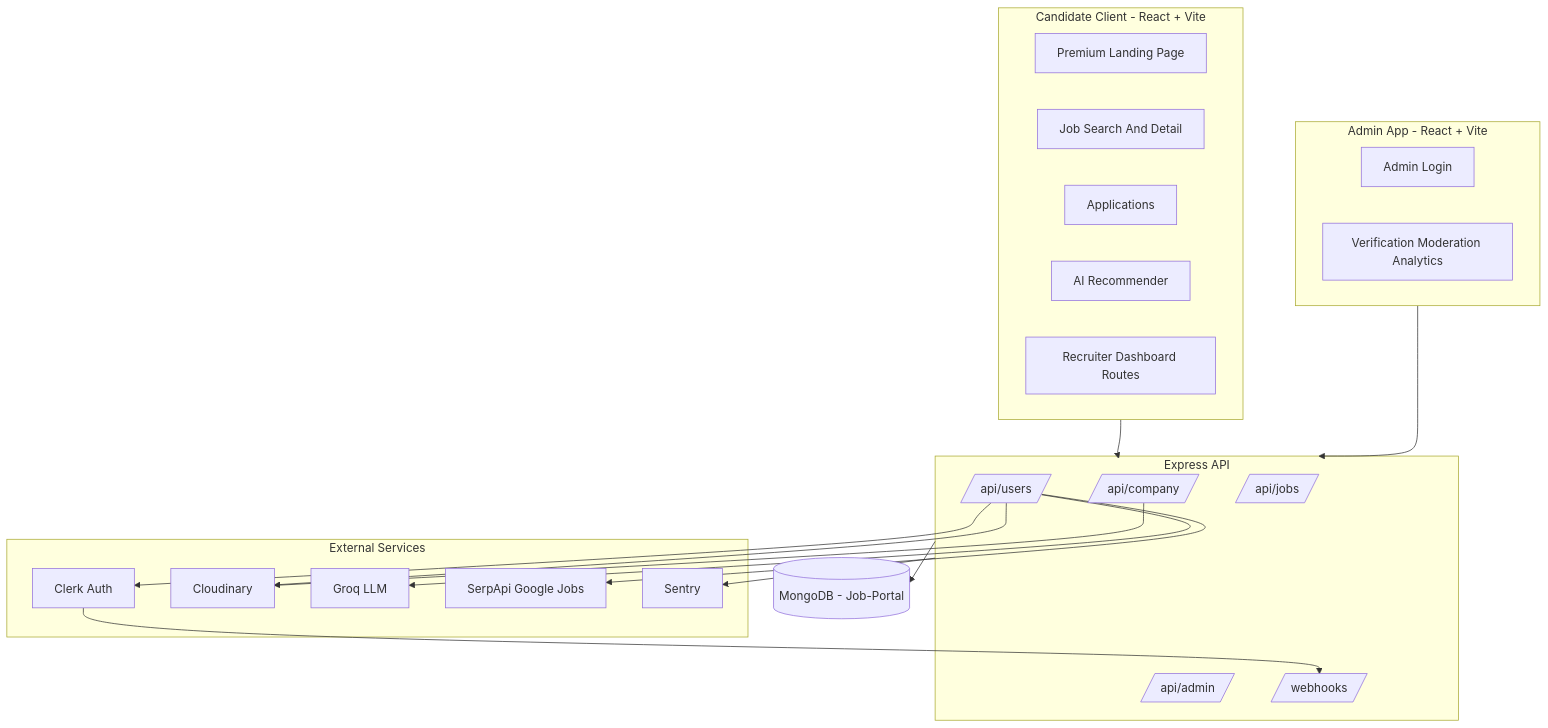
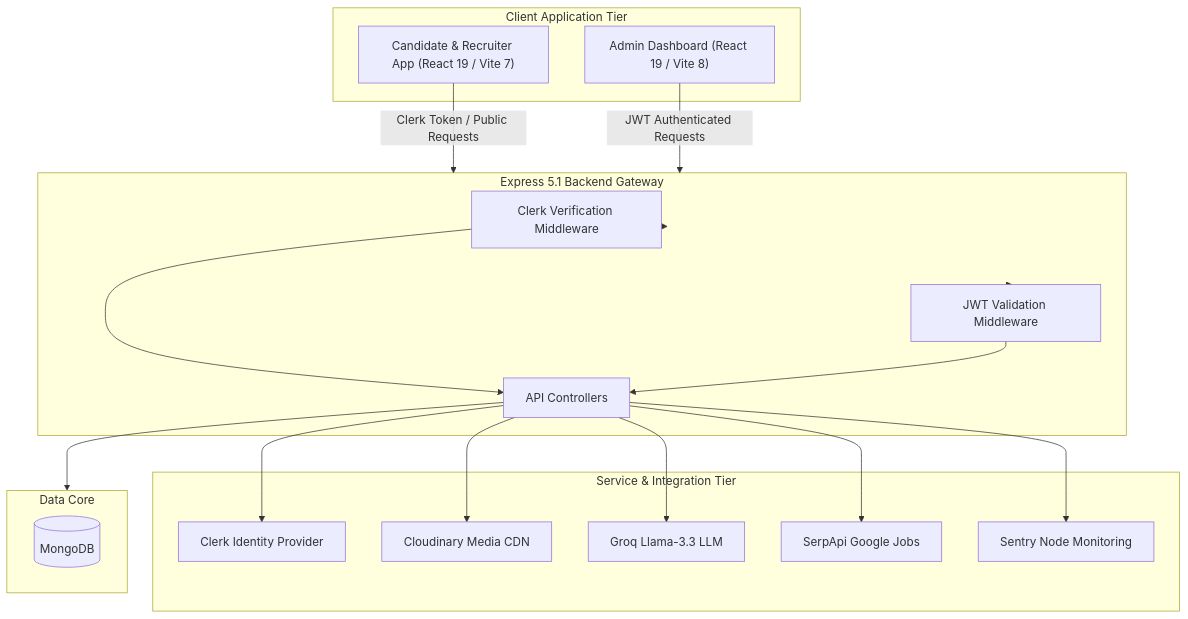
Before and after one commit to SarthakDudhe/InsiderJobs: the first of 3 diagrams in README.md, drawn with Mermaid. The commit also changed other lines of this file and 4 other files, not shown here.

Commit message:
feat: initialize Express server with Sentry monitoring and core backend modular structure

````diff
--- a/README.md
+++ b/README.md
@@ -306,44 +108,38 @@
 ```mermaid
 flowchart TB
-  subgraph Client["Candidate Client - React + Vite"]
-    Landing[Premium Landing Page]
-    Jobs[Job Search And Detail]
-    Apps[Applications]
-    AI[AI Recommender]
-    Recruiter[Recruiter Dashboard Routes]
-  end
+    subgraph ClientTier["Client Application Tier"]
+        CandidateApp["Candidate & Recruiter App (React 19 / Vite 7)"]
+        AdminApp["Admin Dashboard (React 19 / Vite 8)"]
+    end
 
-  subgraph Admin["Admin App - React + Vite"]
-    AdminLogin[Admin Login]
-    AdminPanel[Verification Moderation Analytics]
-  end
+    subgraph APITier["Express 5.1 Backend Gateway"]
+        AuthClerk["Clerk Verification Middleware"]
+        AuthJWT["JWT Validation Middleware"]
+        Controllers["API Controllers"]
+    end
 
-  subgraph API["Express API"]
-    JobRoutes[/api/jobs/]
-    UserRoutes[/api/users/]
-    CompanyRoutes[/api/company/]
-    AdminRoutes[/api/admin/]
-    Webhooks[/webhooks/]
-  end
+    subgraph ServiceTier["Service & Integration Tier"]
+        ClerkSvc["Clerk Identity Provider"]
+        CloudinarySvc["Cloudinary Media CDN"]
+        GroqSvc["Groq Llama-3.3 LLM"]
+        SerpSvc["SerpApi Google Jobs"]
+        SentrySvc["Sentry Node Monitoring"]
+    end
 
-  subgraph External["External Services"]
-    Clerk[Clerk Auth]
-    Cloudinary[Cloudinary]
-    Groq[Groq LLM]
-    Serp[SerpApi Google Jobs]
-    Sentry[Sentry]
-  end
+    subgraph DataTier["Data Core"]
+        Mongo[(MongoDB)]
+    end
 
-  Mongo[(MongoDB - Job-Portal)]
-
-  Client --> API
-  Admin --> API
-  Clerk --> Webhooks
-  API --> Mongo
-  UserRoutes --> Cloudinary
-  CompanyRoutes --> Cloudinary
-  UserRoutes --> Clerk
-  UserRoutes --> Groq
-  UserRoutes --> Serp
-  API --> Sentry
+    CandidateApp -->|Clerk Token / Public Requests| APITier
+    AdminApp -->|JWT Authenticated Requests| APITier
+    APITier --> AuthClerk
+    APITier --> AuthJWT
+    AuthClerk --> Controllers
+    AuthJWT --> Controllers
+    Controllers --> DataTier
+    Controllers --> ClerkSvc
+    Controllers --> CloudinarySvc
+    Controllers --> GroqSvc
+    Controllers --> SerpSvc
+    Controllers --> SentrySvc
 ```
````
